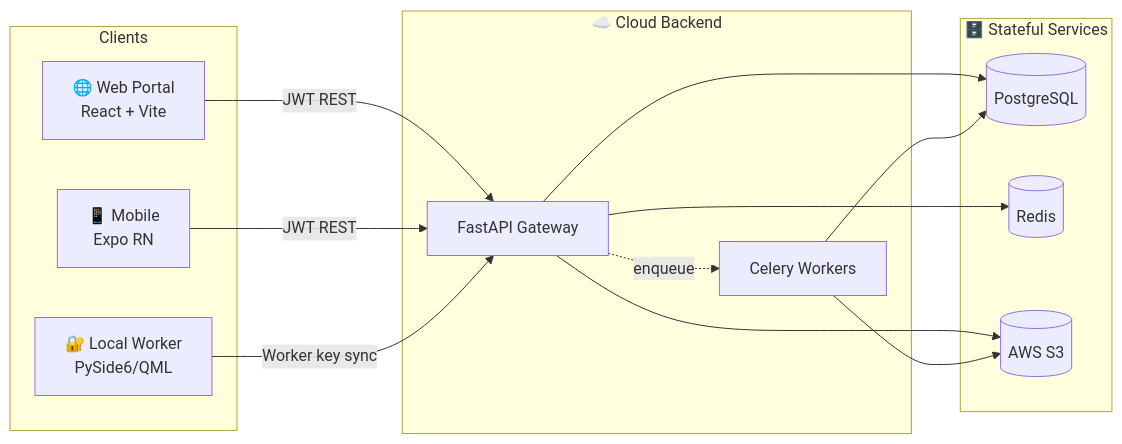
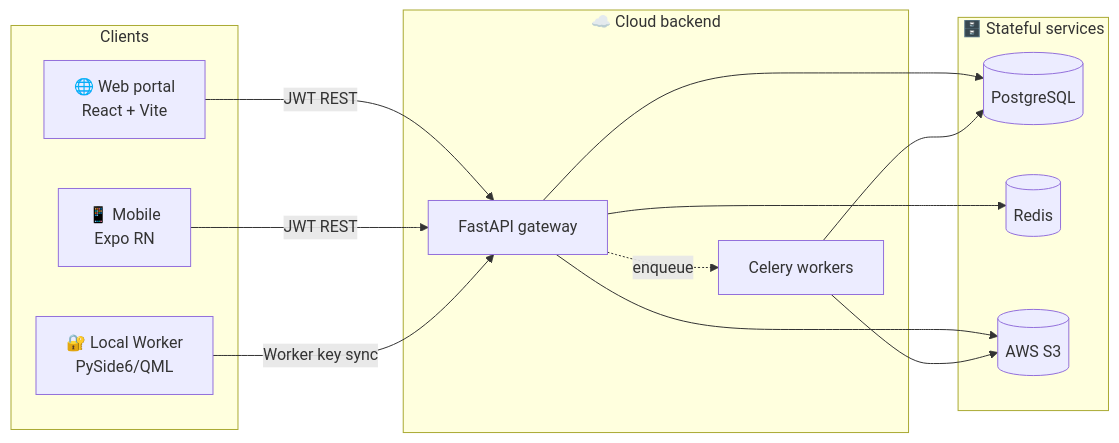
One commit to SercanOzkan55/CV-Analyzer changed the ninth of 16 diagrams in README.md. Above: the diagram before and after it, drawn with Mermaid. The commit also changed other lines of this file, not shown here.

````diff
--- a/README.md
+++ b/README.md
@@ -59,26 +675,26 @@
 ```mermaid
 flowchart LR
     subgraph Clients
-        W[🌐 Web Portal<br/>React + Vite]
+        W[🌐 Web portal<br/>React + Vite]
         M[📱 Mobile<br/>Expo RN]
         L[🔐 Local Worker<br/>PySide6/QML]
     end
-    subgraph Cloud["☁️ Cloud Backend"]
-        API[FastAPI Gateway]
-        WK[Celery Workers]
+    subgraph Cloud["☁️ Cloud backend"]
+        API[FastAPI gateway]
+        WK[Celery workers]
     end
-    subgraph Data["🗄️ Stateful Services"]
+    subgraph Data["🗄️ Stateful services"]
         DB[(PostgreSQL)]
         RD[(Redis)]
         S3[(AWS S3)]
     end
     W -->|JWT REST| API
     M -->|JWT REST| API
     L -->|Worker key sync| API
     API --> DB
     API --> RD
     API --> S3
     API -.enqueue.-> WK
     WK --> DB
     WK --> S3
 ```
````
